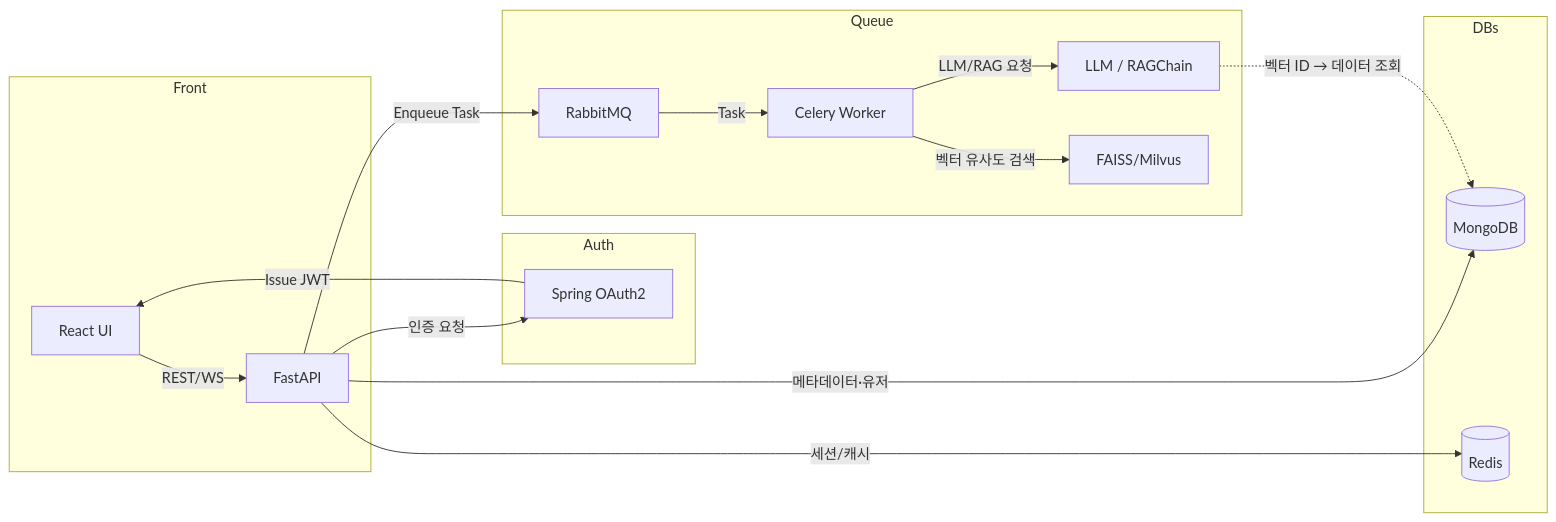
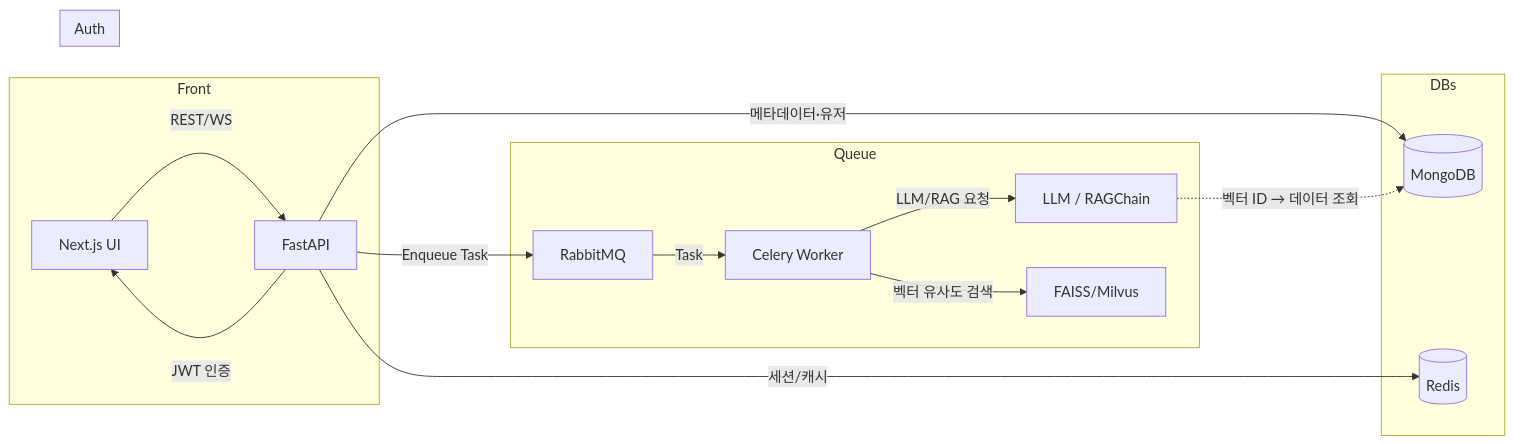
The diagram in architecture_overview.md (constitution-recipes/Frontend), drawn with Mermaid before and after one commit. The commit also changed other lines of this file and 35 other files, not shown here.

Commit message:
Update architecture overview and README with new project structure and technology stack. Replace React with Next.js in frontend details and enhance backend descriptions.

````diff
--- a/architecture_overview.md
+++ b/architecture_overview.md
@@ -92,21 +91,20 @@
 ```mermaid
 flowchart LR
   subgraph Front
-    A[React UI] -->|REST/WS| B[FastAPI]
+    A[Next.js UI] -->|REST/WS| B[FastAPI]
   end
   subgraph Auth
-    B -->|인증 요청| C[Spring OAuth2]
-    C -->|Issue JWT| A
+    B -->|JWT 인증| A
   end
   subgraph Queue
     B -->|Enqueue Task| D[RabbitMQ]
     D -->|Task| E[Celery Worker]
     E -->|LLM/RAG 요청| F[LLM / RAGChain]
     E -->|벡터 유사도 검색| G[FAISS/Milvus]
   end
   subgraph DBs
     B -->|메타데이터·유저| H[(MongoDB)]
     F -.->|벡터 ID → 데이터 조회| H
     B -->|세션/캐시| I[(Redis)]
   end
 ```
````
